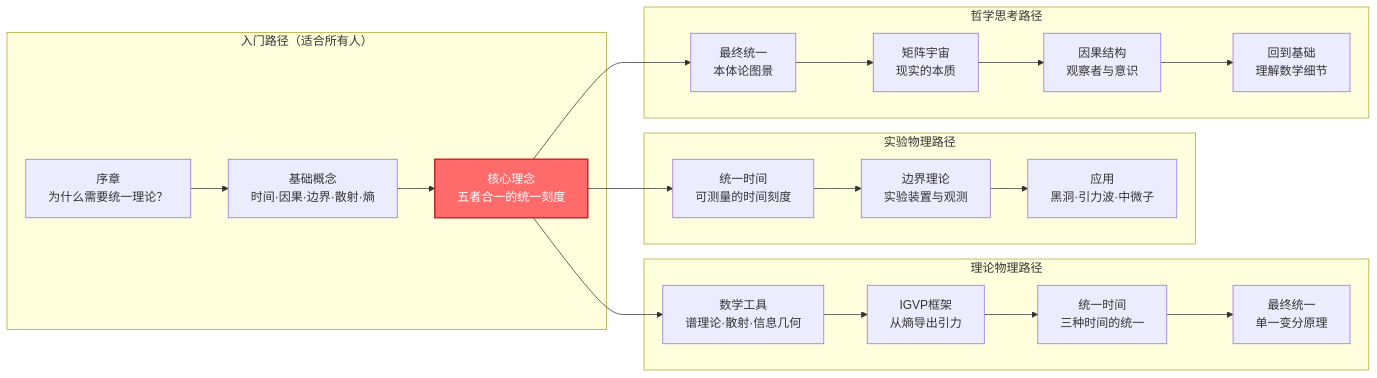
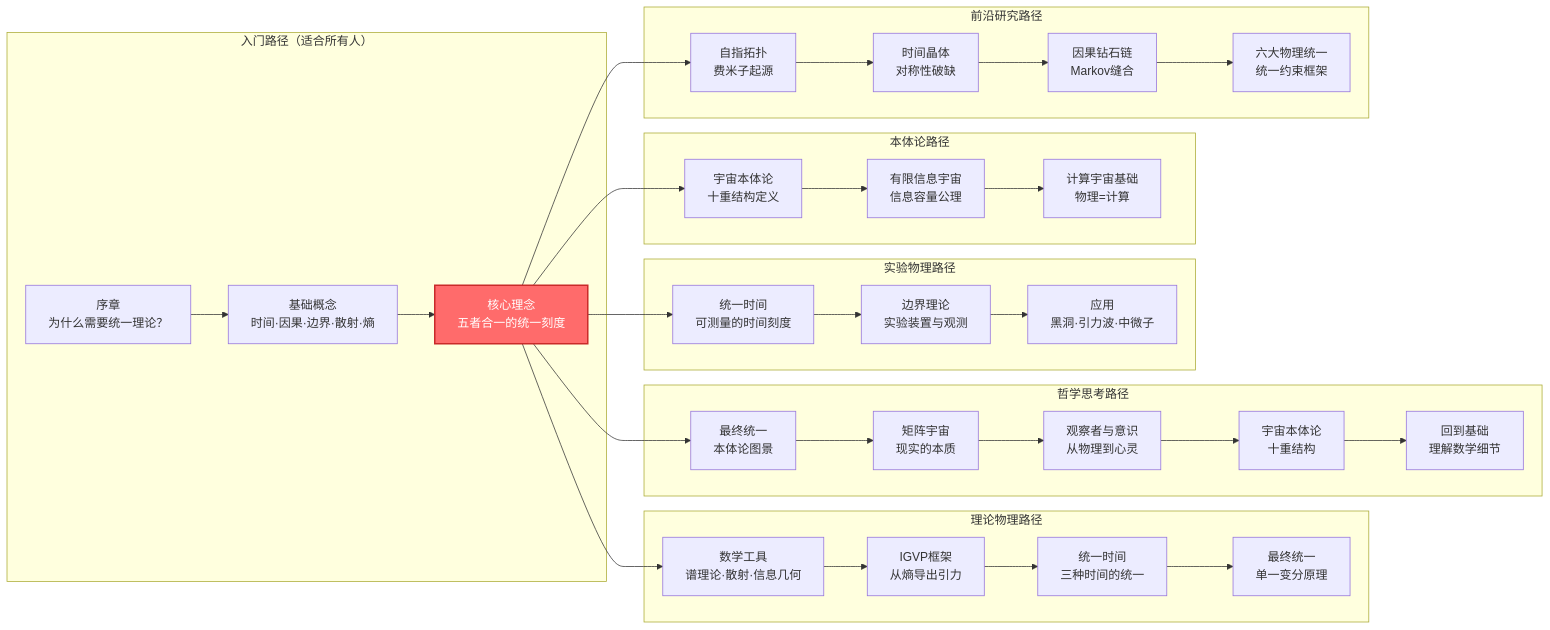
One commit to loning/zeckendorf-hilbert changed the second of 3 diagrams in docs/euler-article/gls-union/index.md. Above: the diagram before and after it, drawn with Mermaid. The commit also changed other lines of this file and 1 other file, not shown here.

````diff
--- a/docs/euler-article/gls-union/index.md
+++ b/docs/euler-article/gls-union/index.md
@@ -141,41 +182,61 @@
 ```mermaid
 graph LR
     subgraph "入门路径（适合所有人）"
         A1["序章<br/>为什么需要统一理论？"]
         A2["基础概念<br/>时间·因果·边界·散射·熵"]
         A3["核心理念<br/>五者合一的统一刻度"]
     end
 
     subgraph "理论物理路径"
         B1["数学工具<br/>谱理论·散射·信息几何"]
         B2["IGVP框架<br/>从熵导出引力"]
         B3["统一时间<br/>三种时间的统一"]
         B4["最终统一<br/>单一变分原理"]
     end
 
     subgraph "实验物理路径"
         C1["统一时间<br/>可测量的时间刻度"]
         C2["边界理论<br/>实验装置与观测"]
         C3["应用<br/>黑洞·引力波·中微子"]
     end
 
     subgraph "哲学思考路径"
         D1["最终统一<br/>本体论图景"]
         D2["矩阵宇宙<br/>现实的本质"]
-        D3["因果结构<br/>观察者与意识"]
-        D4["回到基础<br/>理解数学细节"]
+        D3["观察者与意识<br/>从物理到心灵"]
+        D4["宇宙本体论<br/>十重结构"]
+        D5["回到基础<br/>理解数学细节"]
+    end
+
+    subgraph "本体论路径"
+        E1["宇宙本体论<br/>十重结构定义"]
+        E2["有限信息宇宙<br/>信息容量公理"]
+        E3["计算宇宙基础<br/>物理=计算"]
+    end
+
+    subgraph "前沿研究路径"
+        F1["自指拓扑<br/>费米子起源"]
+        F2["时间晶体<br/>对称性破缺"]
+        F3["因果钻石链<br/>Markov缝合"]
+        F4["六大物理统一<br/>统一约束框架"]
     end
 
     A1 --> A2 --> A3
 
     A3 --> B1
     B1 --> B2 --> B3 --> B4
 
     A3 --> C1
     C1 --> C2 --> C3
 
     A3 --> D1
-    D1 --> D2 --> D3 --> D4
+    D1 --> D2 --> D3 --> D4 --> D5
+
+    A3 --> E1
+    E1 --> E2 --> E3
+
+    A3 --> F1
+    F1 --> F2 --> F3 --> F4
 
     style A3 fill:#ff6b6b,stroke:#c92a2a,stroke-width:2px,color:#fff
 ```
````
